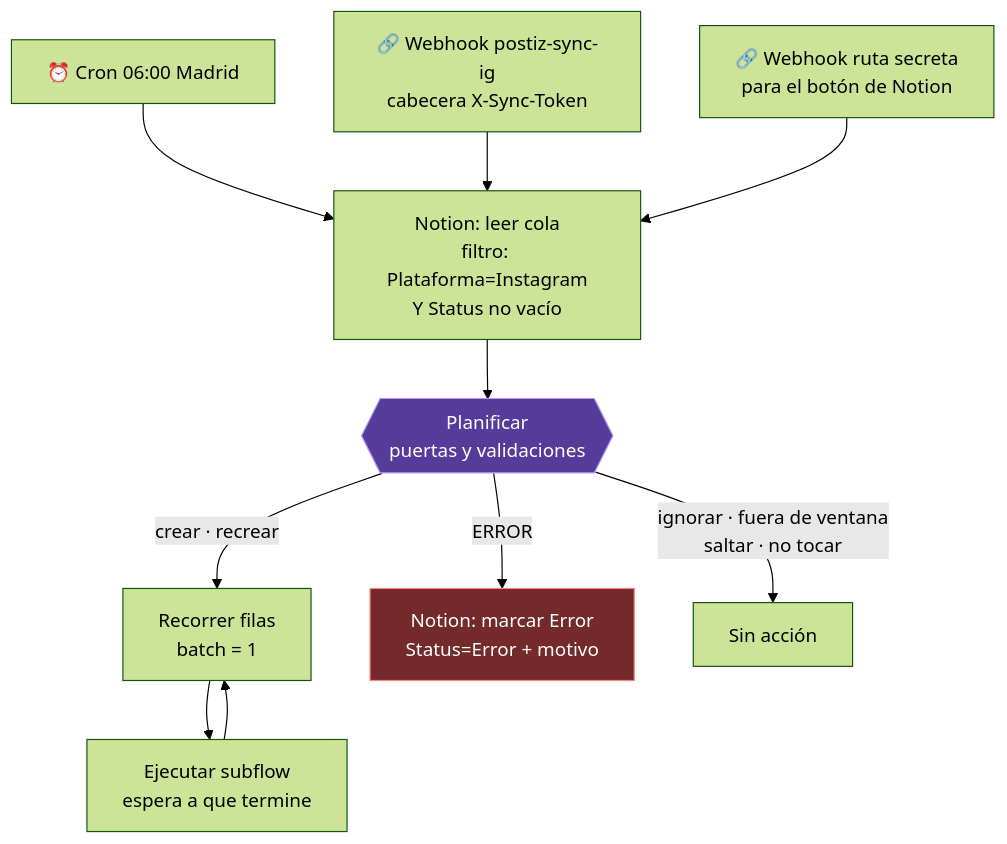
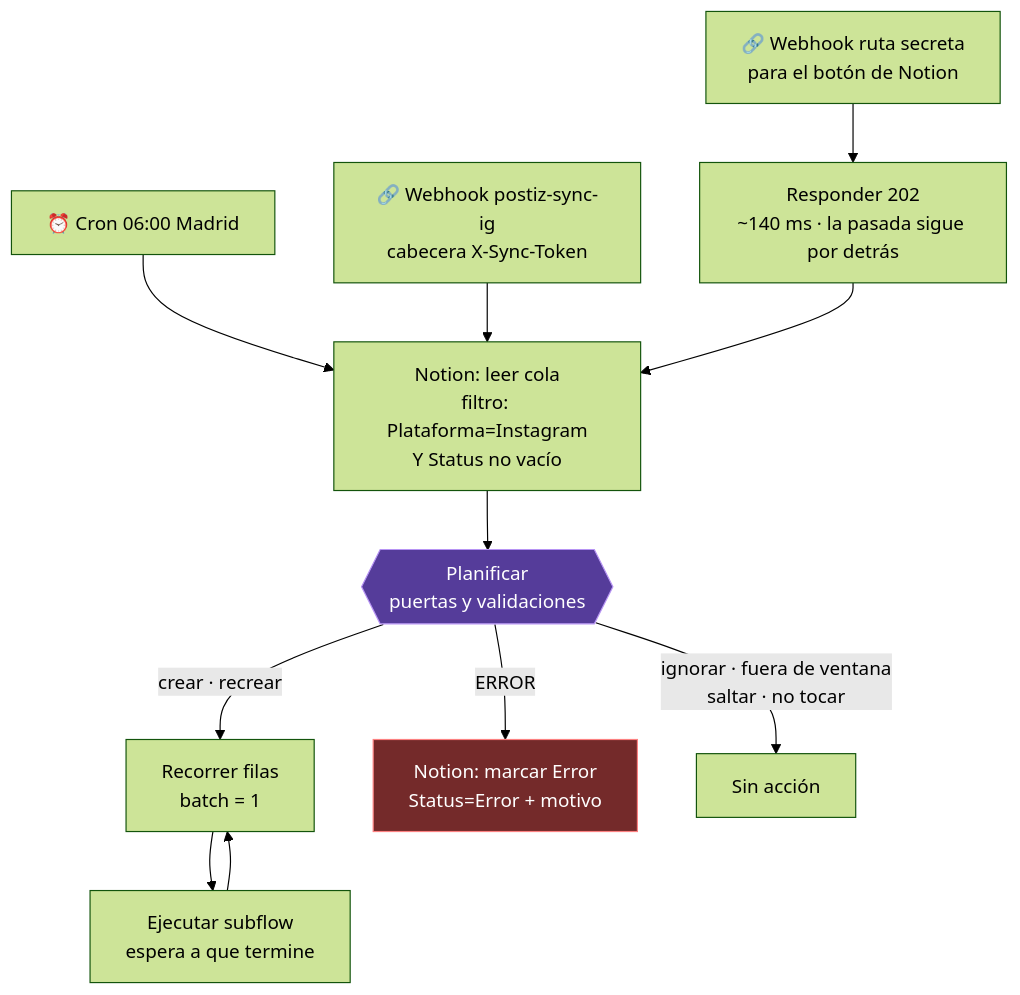
The second of 11 diagrams in docs/architecture/CONTENT_PIPELINE_DIAGRAMS.md (dustin-calderon/postiz-app), drawn with Mermaid (forest theme) before and after one commit. The commit also changed other lines of this file and 3 other files, not shown here.

````diff
--- a/docs/architecture/CONTENT_PIPELINE_DIAGRAMS.md
+++ b/docs/architecture/CONTENT_PIPELINE_DIAGRAMS.md
@@ -73,24 +78,27 @@
 ```mermaid
 flowchart TD
     CRON["⏰ Cron 06:00 Madrid"]
     WH1["🔗 Webhook postiz-sync-ig<br/>cabecera X-Sync-Token"]
     WH2["🔗 Webhook ruta secreta<br/>para el botón de Notion"]
 
     LEER["Notion: leer cola<br/>filtro: Plataforma=Instagram<br/>Y Status no vacío"]
     PLAN{{"Planificar<br/>puertas y validaciones"}}
 
+    R202["Responder 202<br/>~140 ms · la pasada sigue por detrás"]
+
     CRON --> LEER
     WH1 --> LEER
-    WH2 --> LEER
+    WH2 --> R202
+    R202 --> LEER
     LEER --> PLAN
 
     PLAN -->|"crear · recrear"| LOOP["Recorrer filas<br/>batch = 1"]
     PLAN -->|"ERROR"| MARCAR["Notion: marcar Error<br/>Status=Error + motivo"]
     PLAN -->|"ignorar · fuera de ventana<br/>saltar · no tocar"| NADA["Sin acción"]
 
     LOOP --> SUB["Ejecutar subflow<br/>espera a que termine"]
     SUB --> LOOP
 
     style PLAN fill:#553c9a,stroke:#b794f4,color:#fff
     style MARCAR fill:#742a2a,stroke:#fc8181,color:#fff
 ```
````
